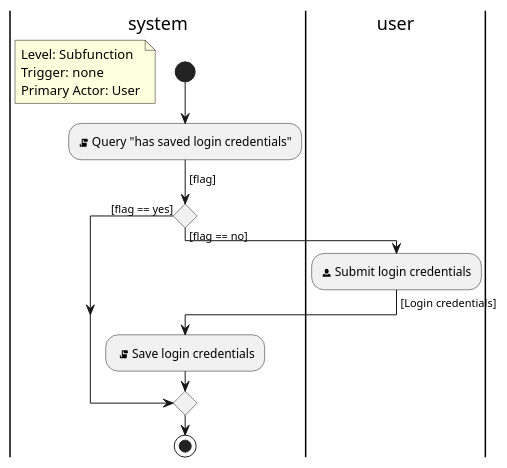
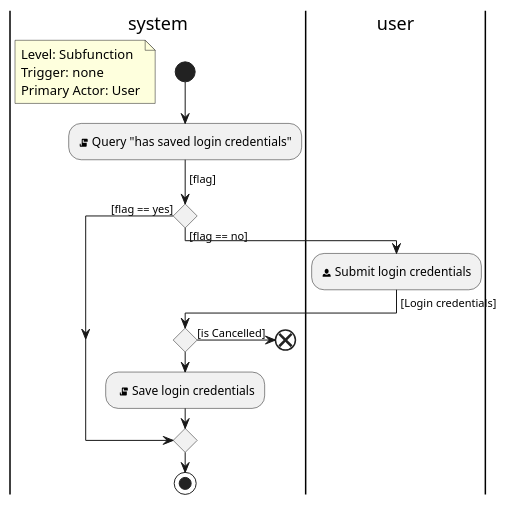
One commit to hristo-stefanov/MiniBankingDemo changed the diagram in diagrams/Subfunction/Ensure Login Credentials Activity Diagram.puml. Above: the diagram before and after it, drawn with PlantUML. The commit also changed 11 other files, not shown here.

```diff
--- a/diagrams/Subfunction/Ensure Login Credentials Activity Diagram.puml
+++ b/diagrams/Subfunction/Ensure Login Credentials Activity Diagram.puml
@@ -1,25 +1,29 @@
 @startuml
 'https://plantuml.com/activity-diagram-beta
 |system|
 
 start
 
 floating note left
 Level: Subfunction
 Trigger: none
 Primary Actor: User
 end note
 
 
 :<&script> Query "has saved login credentials";
 -> [flag];
 if () then ([flag == yes])
 else ([flag == no])
     |user|
     :<&person> Submit login credentials;
     -> [Login credentials];
     |system|
-    : <&script> Save login credentials;
+    if () then ([is Cancelled])
+        end;
+    else
+        : <&script> Save login credentials;
+    endif
 endif
     stop;
 @enduml
```
